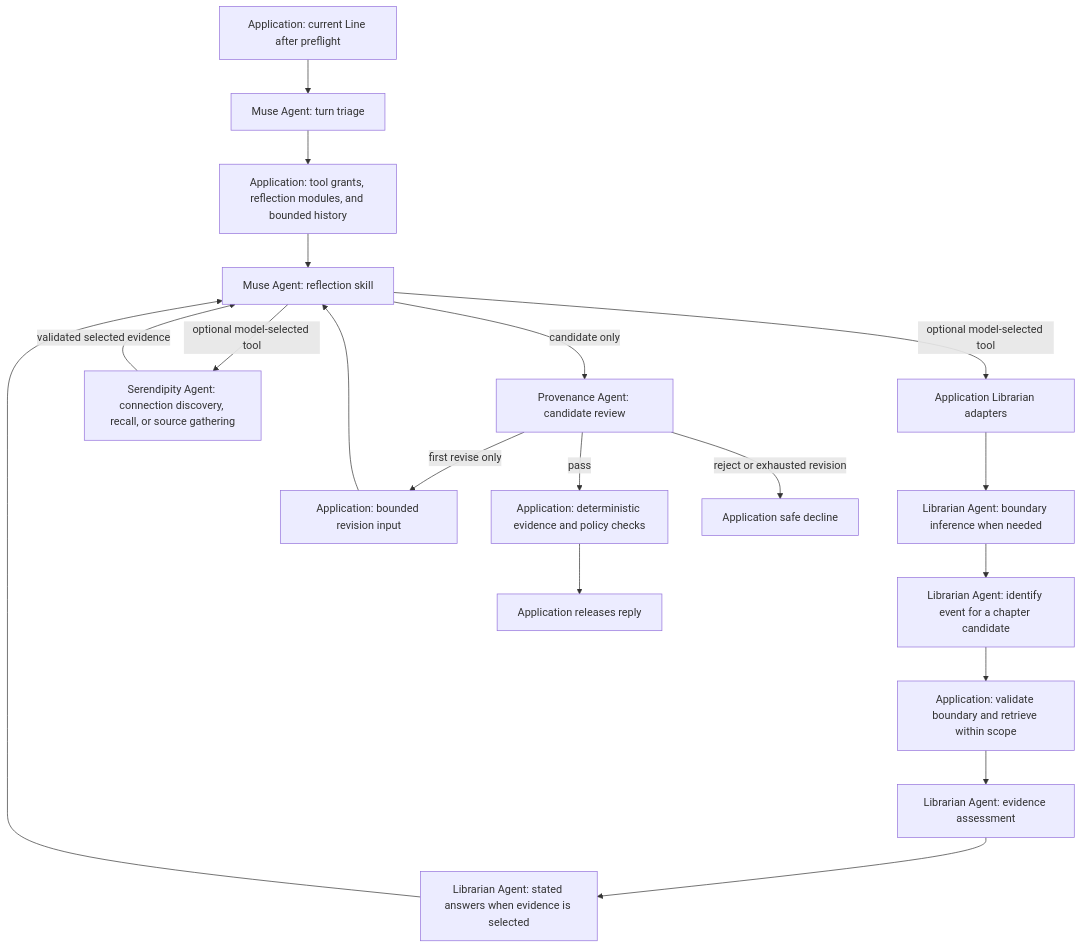
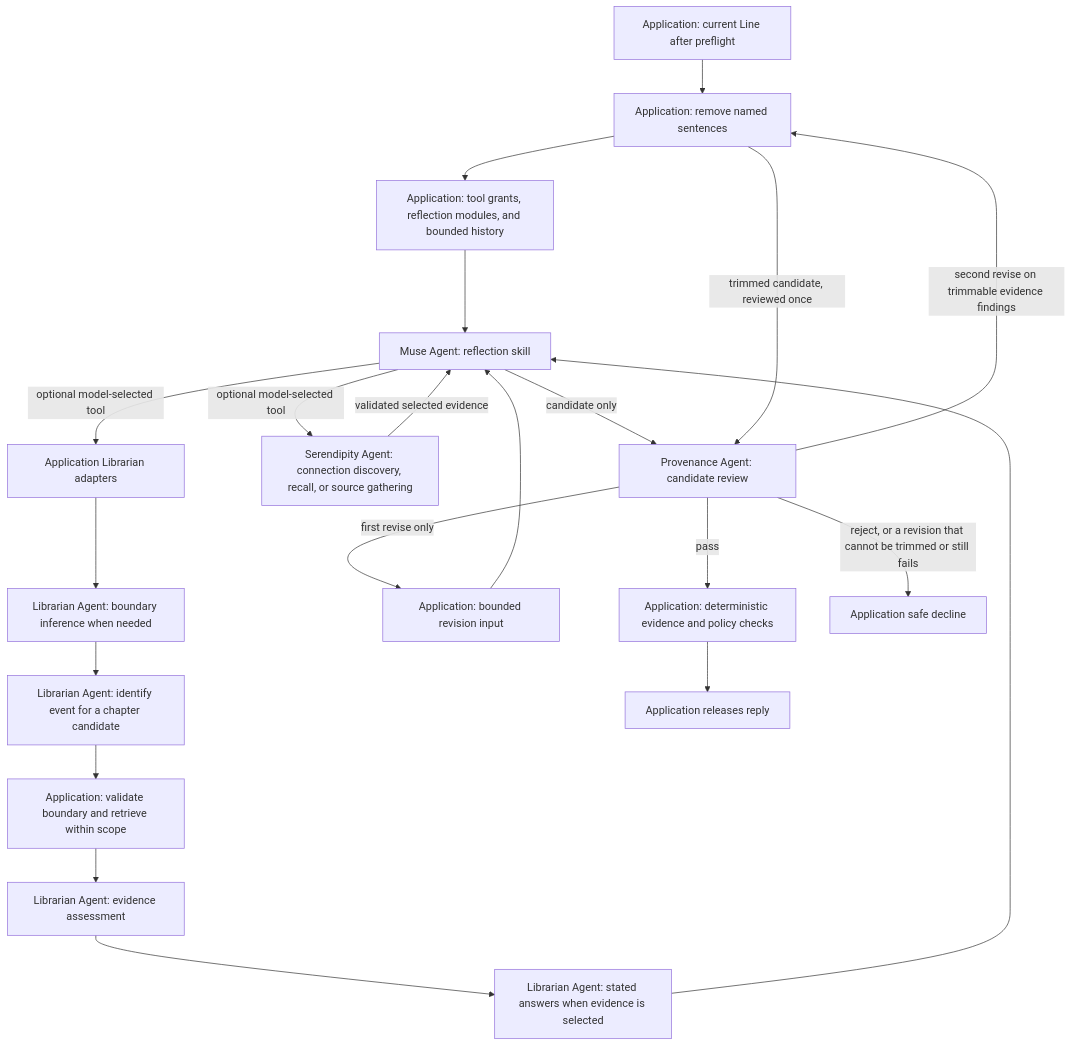
One commit to DesmondChoy/linger changed the first of 2 diagrams in docs/specification.md. Above: the diagram before and after it, drawn with Mermaid. The commit also changed other lines of this file and 19 other files, not shown here.

Commit message:
feat: trim review-named sentences before declining

````diff
--- a/docs/specification.md
+++ b/docs/specification.md
@@ -307,21 +308,23 @@
 ```mermaid
 flowchart TD
     A[Application: current Line after preflight] --> T[Muse Agent: turn triage]
     T --> G[Application: tool grants, reflection modules, and bounded history]
     G --> M[Muse Agent: reflection skill]
     M -->|optional model-selected tool| L[Application Librarian adapters]
     L --> B[Librarian Agent: boundary inference when needed]
     B --> I[Librarian Agent: identify event for a chapter candidate]
     I --> R[Application: validate boundary and retrieve within scope]
     R --> E[Librarian Agent: evidence assessment]
     E --> W[Librarian Agent: stated answers when evidence is selected]
     W --> M
     M -->|optional model-selected tool| S[Serendipity Agent: connection discovery, recall, or source gathering]
     S -->|validated selected evidence| M
     M -->|candidate only| P[Provenance Agent: candidate review]
     P -->|first revise only| V[Application: bounded revision input]
     V --> M
     P -->|pass| D[Application: deterministic evidence and policy checks]
     D --> U[Application releases reply]
-    P -->|reject or exhausted revision| F[Application safe decline]
+    P -->|second revise on trimmable evidence findings| T[Application: remove named sentences]
+    T -->|trimmed candidate, reviewed once| P
+    P -->|reject, or a revision that cannot be trimmed or still fails| F[Application safe decline]
 ```
````
